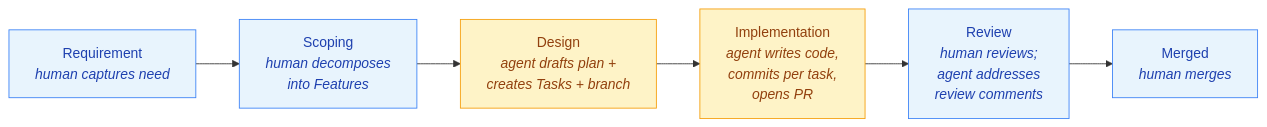
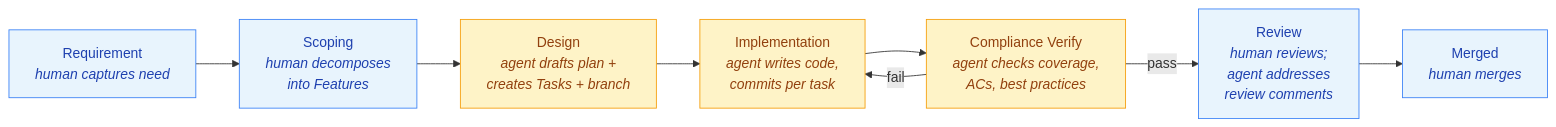
The diagram in README.md (eddiecarpenter/gh-agentic), drawn with Mermaid before and after one commit. The commit also changed other lines of this file, not shown here.

Commit message:
feat: update README.md pipeline diagram to show Compliance Verify stage — task 5 of 5 (#748)
Adds Compliance Verify (CV) node to mermaid flowchart between Implementation
and Review, with pass/fail edges. CV is classified as 'agent' (yellow).
Updates prose to describe design→implementation→compliance→review autonomous
chain. Adds two rows to 'What triggers what' table: in-development→in-verification
and in-verification→in-review.

Note: markdown-only change; go test ./... continues to pass (no Go code touched).

Reuse: reuse as-is — extending existing README.md

````diff
--- a/README.md
+++ b/README.md
@@ -30,13 +30,15 @@
 ```mermaid
 flowchart LR
     R[Requirement<br/><i>human captures need</i>] --> S[Scoping<br/><i>human decomposes<br/>into Features</i>]
     S --> D[Design<br/><i>agent drafts plan +<br/>creates Tasks + branch</i>]
-    D --> I[Implementation<br/><i>agent writes code,<br/>commits per task,<br/>opens PR</i>]
-    I --> V[Review<br/><i>human reviews;<br/>agent addresses<br/>review comments</i>]
+    D --> I[Implementation<br/><i>agent writes code,<br/>commits per task</i>]
+    I --> CV[Compliance Verify<br/><i>agent checks coverage,<br/>ACs, best practices</i>]
+    CV --> |"pass"| V[Review<br/><i>human reviews;<br/>agent addresses<br/>review comments</i>]
+    CV --> |"fail"| I
     V --> M[Merged<br/><i>human merges</i>]
 
     classDef human fill:#e8f4fd,stroke:#3b82f6,color:#1e40af
     classDef agent fill:#fef3c7,stroke:#f59e0b,color:#92400e
     class R,S,V,M human
-    class D,I agent
+    class D,I,CV agent
 ```
````
